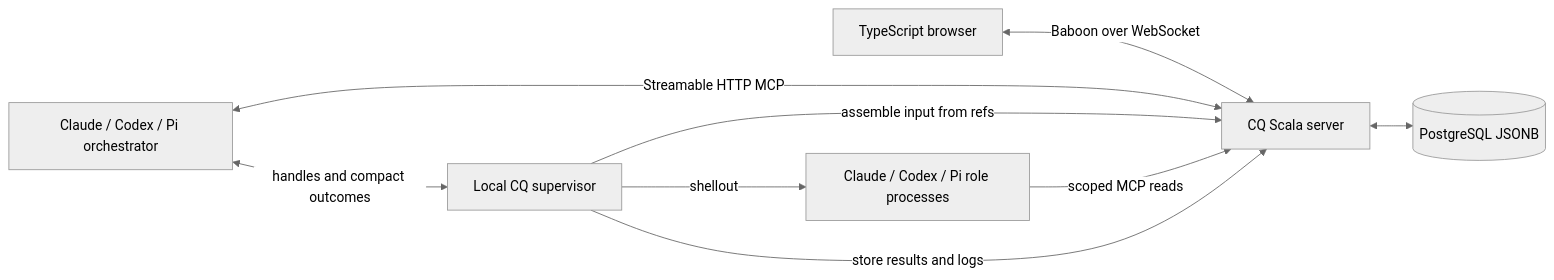
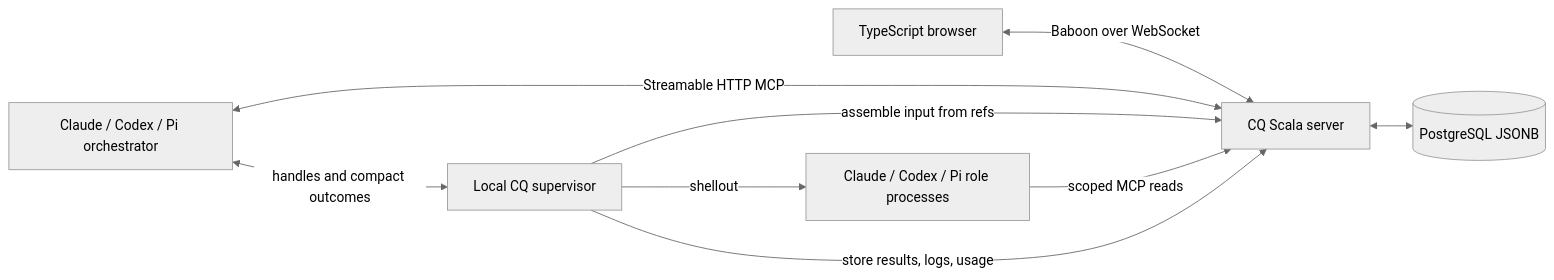
One commit to pshirshov/cq4 changed the diagram in docs/drafts/20260926-0957-cq-design-brief.md. Above: the diagram before and after it, drawn with Mermaid (neutral theme). The commit also changed other lines of this file and 3 other files, not shown here.

````diff
--- a/docs/drafts/20260926-0957-cq-design-brief.md
+++ b/docs/drafts/20260926-0957-cq-design-brief.md
@@ -22,11 +22,11 @@
 ```mermaid
 flowchart LR
   UI[TypeScript browser] <-->|Baboon over WebSocket| Server[CQ Scala server]
   Agent[Claude / Codex / Pi orchestrator] <-->|Streamable HTTP MCP| Server
   Agent <-->|handles and compact outcomes| Host[Local CQ supervisor]
   Host -->|assemble input from refs| Server
   Host -->|shellout| Children[Claude / Codex / Pi role processes]
   Children -->|scoped MCP reads| Server
-  Host -->|store results and logs| Server
+  Host -->|store results, logs, usage| Server
   Server <--> DB[(PostgreSQL JSONB)]
 ```
````
